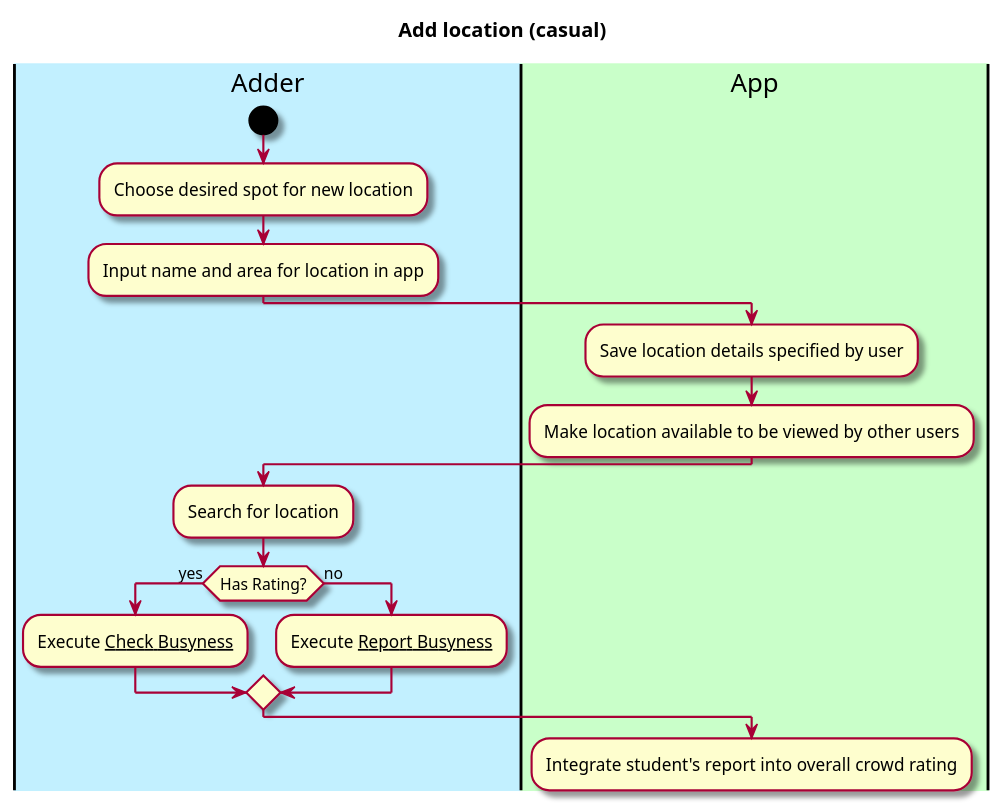
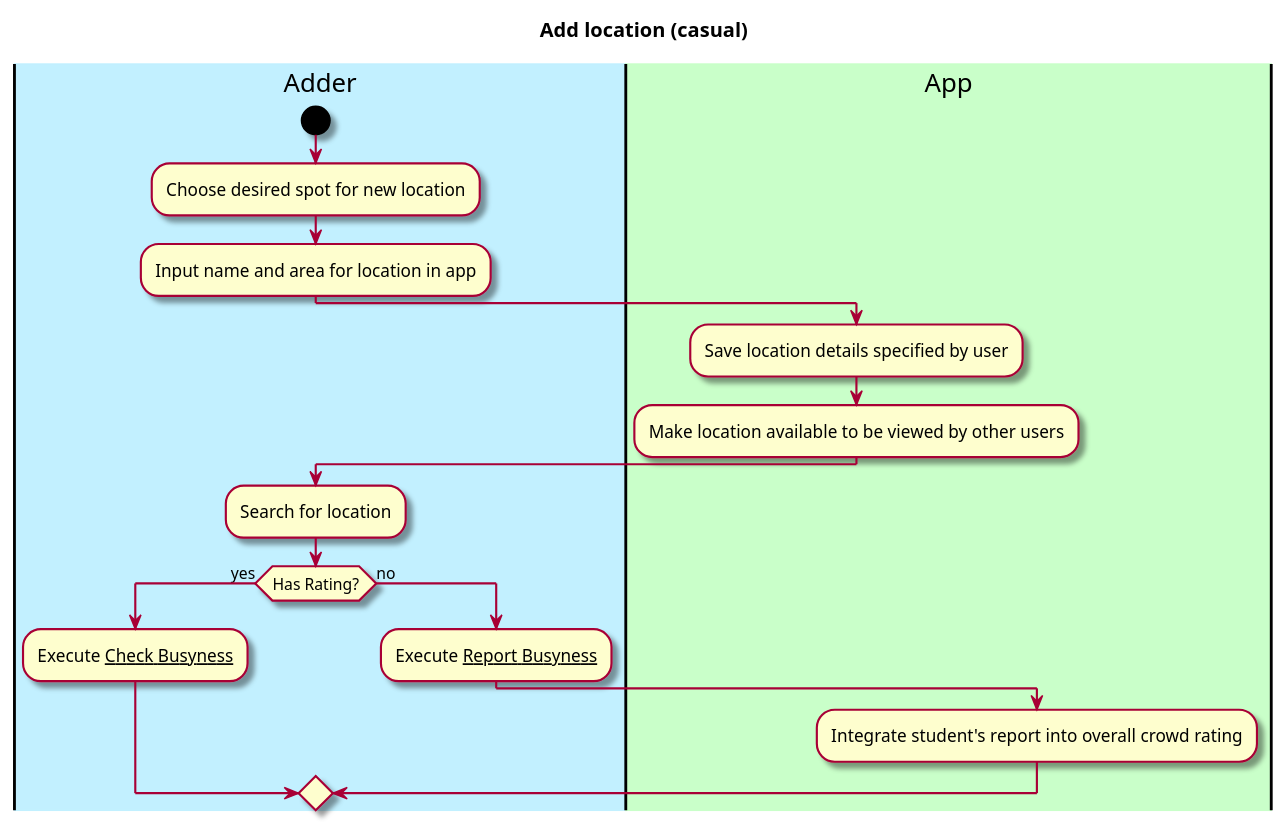
Before and after one commit to manoushpajouh/Vassar-Crowdmeter: the diagram in intellij/documentation/use_cases/add_location.md, drawn with PlantUML.

Commit message:
revised with feedback on vision doc

````diff
--- a/intellij/documentation/use_cases/add_location.md
+++ b/intellij/documentation/use_cases/add_location.md
@@ -27,36 +27,37 @@
 ```plantuml
 @startuml
 
 skin rose
 
 title Add location (casual)
 
 'define the lanes
 |#application|Adder|
 |#technology|App|
 
 |Adder|
 start
 :Choose desired spot for new location;
 :Input name and area for location in app;
 
 |App|
 :Save location details specified by user; 
 :Make location available to be viewed by other users;
 
 |Adder|
 :Search for location; 
 
 if (Has Rating?) then (yes)
 :Execute __Check Busyness__;
 else (no)
 :Execute __Report Busyness__;
+|App|
+:Integrate student's report into overall crowd rating;
 endif
 
 
-|App|
-:Integrate student's report into overall crowd rating;
+
 
 
 @enduml
 ```
````
